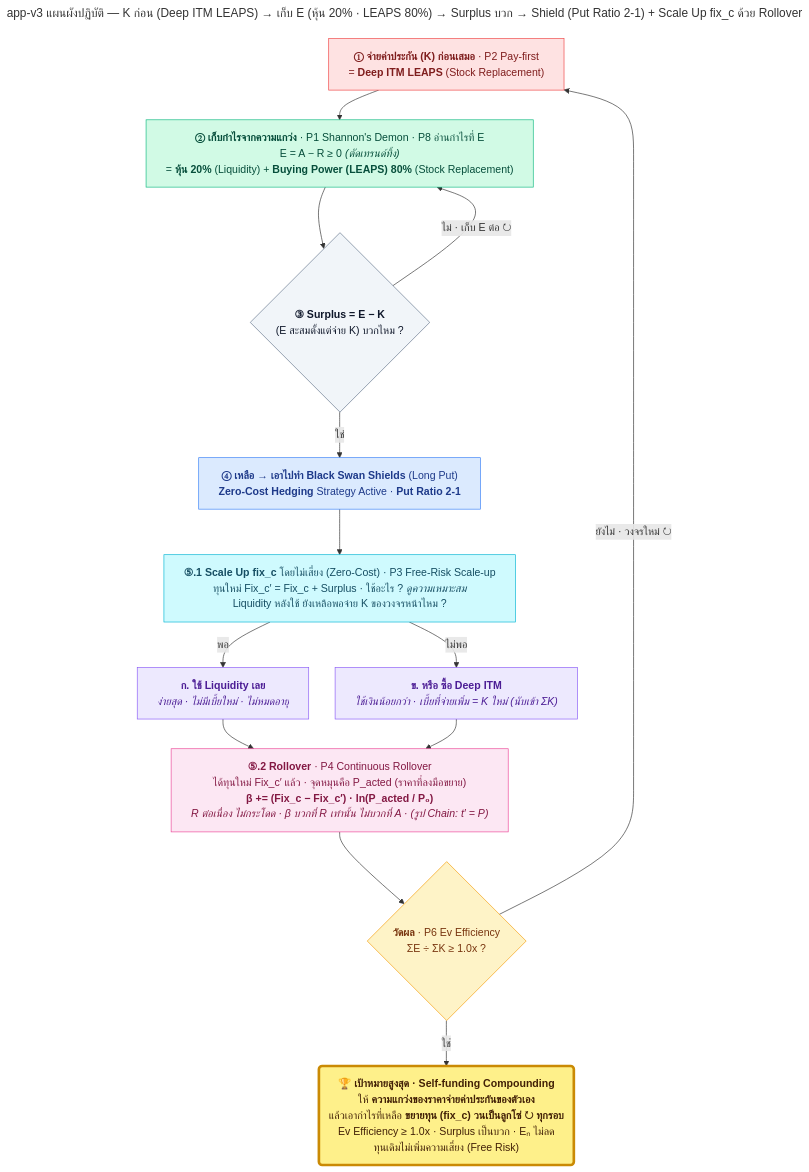
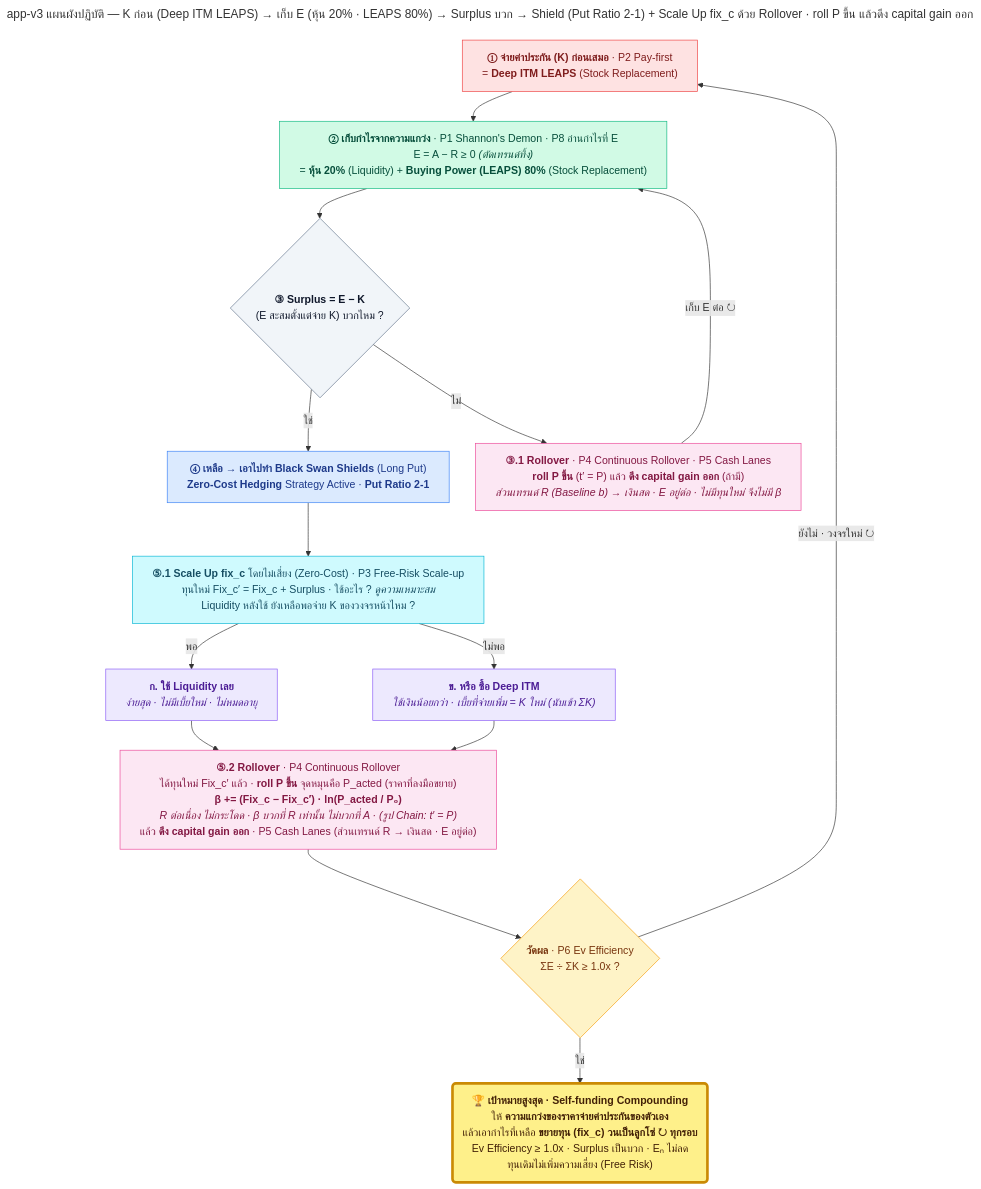
One commit to firstnattapon/super_app changed the diagram in app_v3_playbook.mmd. Above: the diagram before and after it, drawn with Mermaid. The commit also changed 1 other file, not shown here.

First paragraph of the commit message:
app_v3_playbook.mmd: roll P up, then pull the capital gain out
Answer to "E Surplus is not high but the capital gain is: what can it be used for without risk?"
- roll P up (re-centre the pivot, t' = P) and pull the capital gain out as cash.

```diff
--- a/app_v3_playbook.mmd
+++ b/app_v3_playbook.mmd
@@ -1,84 +1,96 @@
 ---
-title: 'app-v3 แผนผังปฏิบัติ — K ก่อน (Deep ITM LEAPS) → เก็บ E (หุ้น 20% · LEAPS 80%) → Surplus บวก → Shield (Put Ratio 2-1) + Scale Up fix_c ด้วย Rollover'
+title: 'app-v3 แผนผังปฏิบัติ — K ก่อน (Deep ITM LEAPS) → เก็บ E (หุ้น 20% · LEAPS 80%) → Surplus บวก → Shield (Put Ratio 2-1) + Scale Up fix_c ด้วย Rollover · roll P ขึ้น แล้วดึง capital gain ออก'
 config:
   flowchart:
     wrappingWidth: 560
     nodeSpacing: 40
     rankSpacing: 45
 ---
 %% ═══════════════════════════════════════════════════════════════════════════════
 %% app_v3_playbook.mmd — หลักการเดียวกับ app_v2_minimal.mmd แต่บอกว่า "ลงมือด้วยเครื่องมืออะไร"
-%% เป้าหมายเหมือนเดิมทุกตัวอักษร · 3 ขั้น + 1 คำถาม + 1 เช็ก
+%% เป้าหมายเหมือนเดิมทุกตัวอักษร · ขั้น ①–⑤ + 1 คำถาม + 1 เช็ก
+%% หลักการที่ใช้ 7 จาก 9: P1 P2 P3 P4 P5 P6 P8 (เพิ่ม P5 Cash Lanes จาก app_v2_minimal.mmd — เลนเงินสด) · ไม่ใช้: P7 Atomic · P9 Human-in-the-loop
 %% ·
 %% วงจร:  ① จ่าย K ก่อน → ② เก็บ E ไปเรื่อยๆ → ③ Surplus = E − K บวกไหม?
-%%        ไม่  → กลับไปเก็บ E ต่อ (ไม่ต้องจ่าย K ซ้ำ)
-%%        ใช่  → ④ ทำ Black Swan Shields (Put Ratio 2-1) โดย ⑤.1 Scale Up fix_c แล้ว ⑤.2 Rollover จากนั้นวัดผล (ถึงเป้าหมาย หรือเริ่มวงจรใหม่ที่ ①)
+%%        ไม่  → ③.1 roll P ขึ้น แล้วดึง capital gain ออก (ถ้ามี) → กลับไปเก็บ E ต่อ (ไม่ต้องจ่าย K ซ้ำ)
+%%        ใช่  → ④ ทำ Black Swan Shields (Put Ratio 2-1) โดย ⑤.1 Scale Up fix_c แล้ว ⑤.2 Rollover (roll P ขึ้น · ดึง capital gain ออก) จากนั้นวัดผล (ถึงเป้าหมาย หรือเริ่มวงจรใหม่ที่ ①)
 %% ·
 %%   นามธรรม (app_v2_minimal.mmd · app-v3)       →  เครื่องมือจริง (แผนผังนี้)
 %%   K  จ่ายเบี้ยก่อน (P2 Pay-first)              →  ① Deep ITM LEAPS (Stock Replacement)
 %%   E  เก็บกำไรจากความแกว่ง (P1 · P8)            →  ② หุ้น 20% (Liquidity) + Buying Power (LEAPS) 80% (Stock Replacement)
 %%   S  Surplus = E − K บวกไหม?                    →  ③ เหมือนเดิม
 %%   (ส่วนที่เหลือ)                                →  ④ Black Swan Shields (Long Put) · Zero-Cost Hedging Strategy Active · Put Ratio 2-1
 %%   โต c′ = c + Surplus (P3 Free-Risk Scale-up)   →  ⑤.1 Scale Up fix_c โดยไม่เสี่ยง (Zero-Cost) — ใช้ Liquidity เลย หรือ ซื้อ Deep ITM ก็ได้ ดูความเหมาะสม
 %%   เกณฑ์เลือก ก./ข. (ข้อเสนอ · ปรับได้)          →  ถ้าใช้ Liquidity แล้วยังเหลือพอจ่าย K ของวงจรหน้า → ก. · ไม่พอ → ข.
 %%   วนต่อ t′ = P (P4 Continuous Rollover)         →  ⑤.2 Rollover: β += (Fix_c − Fix_c′) · ln(P_acted / P₀) — ทุนเปลี่ยนแล้ว เส้นอ้างอิง R ไม่กระโดด
-%%   ไม่เหลือ                                      →  กลับไปเก็บ E ต่อ
+%%   capital gain (เทรนด์ R = Baseline b)           →  ③.1 / ⑤.2: roll P ขึ้น (t′ = P) แล้วดึงออกเป็นเงินสด (Extract → Pool CF · P5 Cash Lanes) — ไม่เอาไปขยาย fix_c
+%%   ไม่เหลือ                                      →  ③.1 แล้วกลับไปเก็บ E ต่อ
 %%   วัดผล Ev Efficiency = ΣE ÷ ΣK (P6)           →  เช็กหลัง Scale Up ถึง 1.0x = ถึงเป้าหมาย · ยังไม่ถึง = วงจรใหม่
 %% ·
 %% หมายเหตุ
 %%  · E = A − R (สมการ LEGO: A = เงินสดจากการ rebalance · R = เส้นอ้างอิงตามเทรนด์) ≥ 0 เสมอ — ถ้าเขียน R − A จะติดลบเสมอ
 %%  · ลำดับในแผนผังนี้คือ "ลำดับลงมือ" (จ่าย K ก่อน แล้วค่อยเก็บ E) · E ใน ③ คือ E ที่สะสมตั้งแต่จ่าย K
 %%  · หุ้น 20% + LEAPS 80% = 100% ของ exposure ที่ถืออยู่ · "Deep ITM" ใน ⑤.1 คือ Deep ITM เดียวกับ ① (LEAPS)
 %%  · Put Ratio 2-1 เขียนตามที่ระบุ — ยังไม่กำหนดฝั่งซื้อ/ขายและ strike (เลือกเมื่อลงมือจริง)
 %%  · เกณฑ์เลือก ก./ข. ใน ⑤.1 เป็นข้อเสนอ ไม่ใช่กฎที่ระบุมา: "Liquidity" ในเกณฑ์ = เงินสด/ส่วนที่ขายเป็นเงินได้ทันที ·
 %%    เหตุผล = จ่าย K ก่อนเสมอ (P2) จึงห้ามให้การขยายกินเงินที่ต้องกันไว้จ่าย K · ก. คือทางตรง (ไม่มีเบี้ยใหม่ ไม่หมดอายุ) ·
 %%    ข. ใช้เงินน้อยกว่าสำหรับ exposure เท่ากัน แต่เบี้ย (time value) ที่จ่ายเพิ่มคือ K ใหม่ ต้องนับเข้า ΣK ให้ Ev Efficiency ไม่เกินจริง
 %%  · Rollover (P4) ตามนิยามใน firstnattapon/streamlit_lego (cheat_sheet/rollover.mmd): ได้ทุนใหม่ก่อน (⑤.1) แล้วค่อย Rollover (⑤.2) · P₀ ตรึงไว้ ไม่เปลี่ยน · จุดหมุนคือ P_acted (ราคา ACT ล่าสุด) ·
-%%    ทำเมื่อ Fix_c_new ≠ Fix_c คือเมื่อ ③ ตอบ "ใช่" (Surplus บวก ทุนโต) · ③ ตอบ "ไม่" = ทุนไม่เปลี่ยน = "ข้าม" ไม่ต้อง Rollover
+%%    ทำเมื่อ Fix_c_new ≠ Fix_c คือเมื่อ ③ ตอบ "ใช่" (Surplus บวก ทุนโต) · ③ ตอบ "ไม่" = ทุนไม่เปลี่ยน = "ข้าม" ส่วน β (ไม่มีอะไรให้ชดเชย) —
+%%    ③.1 จึงมีแค่ roll P ขึ้น กับดึง capital gain ออก ส่วน ⑤.2 มี β ด้วย
 %%  · ทำไมต้อง Rollover: ทุนโตแล้ว R = Fix_c · ln(P / P₀) ชันขึ้น — ถ้าไม่ชดเชยด้วย β เส้น R จะกระโดดที่จุดหมุน ส่วนต่าง (Fix_c′ − Fix_c) · ln(P_acted / P₀) ·
 %%    E = A − R จึงเพี้ยน (กำไรปลอม/ขาดทุนปลอม และ E ≥ 0 พังได้) · ตัวอย่าง P₀ 100 · P_acted 110 · ทุน 1,500 → 2,500: ไม่ Rollover E = 7.03 → −88.28 · Rollover E คงที่ 7.03
 %%  · รูป Chain ของหลักเดียวกัน (app-v3 ขั้น ⑤ "t′ = P") = ตั้งจุดหมุนใหม่ที่ราคาปัจจุบัน แล้วรอบหน้าเริ่มนับที่นั่น — แผนผังนี้ใช้รูป LEGO (P₀ ตรึง + β) เพราะเป็นต้นฉบับ
+%%  · capital gain = เงินสดจากการ rebalance A = c · (x − 1) = เทรนด์ R + กำไรจากความแกว่ง E · ที่ "ดึงออก" คือส่วนเทรนด์ R (Baseline b ของ Chain) ·
+%%    E อยู่ในระบบ เพราะ E จ่าย K และเป็น Surplus (P8: ตัดเทรนด์ทิ้ง) · เทรนด์ไม่ใช่ Surplus จึงไม่เอาไปขยาย fix_c (ราคากลับ เทรนด์ก็หาย)
+%%  · ตัวอย่าง fix_c 1,500 · t 10 → P 15 (Hedge ×1): A 750.00 = R 608.20 + E 141.80 · K 185.94 → Surplus −44.14 (③ ตอบ "ไม่") →
+%%    ③.1 roll P ขึ้น (t′ = 15) · ดึง R 608.20 ออก · E 141.80 อยู่ต่อ · ตรวจกับ ledger_v2: แถว Extract Baseline ไม่เปลี่ยน A · R · E, chain ต่อเนื่อง, integrity ผ่าน
+%%  · Rollover ก่อนค่อยดึง: R ต่อเนื่องที่จุดหมุน จำนวนที่ดึงออกจึงเป็น capital gain จริง ไม่ถูกทุนใหม่ทำให้เพี้ยน
+%%  · ข้อแม้: เงินที่ดึงออกไม่ใช่กระสุนซื้อคืนของ demon อีกต่อไป (ถ้าราคากลับ ต้องมีแหล่งซื้อคืนอื่น เช่น Liquidity ที่กันไว้) ·
+%%    เงินที่ดึงออกพักเป็น EV Reserve เพื่อจ่าย K ได้ (Pool CF → EV Reserve) · ถ้า roll LEAPS ขึ้น เบี้ยใหม่ = K ใหม่ นับเข้า ΣK (เหมือน ⑤.1 ข.)
 %% ═══════════════════════════════════════════════════════════════════════════════
 flowchart TB
 
   K["<b>① จ่ายค่าประกัน (K) ก่อนเสมอ</b> · P2 Pay-first<br/>= <b>Deep ITM LEAPS</b> (Stock Replacement)"]
   E["<b>② เก็บกำไรจากความแกว่ง</b> · P1 Shannon's Demon · P8 อ่านกำไรที่ E<br/>E = A − R ≥ 0 <i>(ตัดเทรนด์ทิ้ง)</i><br/>= <b>หุ้น 20%</b> (Liquidity) + <b>Buying Power (LEAPS) 80%</b> (Stock Replacement)"]
   D{"<b>③ Surplus = E − K</b><br/>(E สะสมตั้งแต่จ่าย K) บวกไหม ?"}
+  CG["<b>③.1 Rollover</b> · P4 Continuous Rollover · P5 Cash Lanes<br/><b>roll P ขึ้น</b> (t′ = P) แล้ว <b>ดึง capital gain ออก</b> (ถ้ามี)<br/><i>ส่วนเทรนด์ R (Baseline b) → เงินสด · E อยู่ต่อ · ไม่มีทุนใหม่ จึงไม่มี β</i>"]
   A["<b>④ เหลือ → เอาไปทำ Black Swan Shields</b> (Long Put)<br/><b>Zero-Cost Hedging</b> Strategy Active · <b>Put Ratio 2-1</b>"]
   S["<b>⑤.1 Scale Up fix_c</b> โดยไม่เสี่ยง (Zero-Cost) · P3 Free-Risk Scale-up<br/>ทุนใหม่ Fix_c′ = Fix_c + Surplus · ใช้อะไร ? <i>ดูความเหมาะสม</i><br/>Liquidity หลังใช้ ยังเหลือพอจ่าย K ของวงจรหน้าไหม ?"]
   L["<b>ก. ใช้ Liquidity เลย</b><br/><i>ง่ายสุด · ไม่มีเบี้ยใหม่ · ไม่หมดอายุ</i>"]
   I["<b>ข. หรือ ซื้อ Deep ITM</b><br/><i>ใช้เงินน้อยกว่า · เบี้ยที่จ่ายเพิ่ม = K ใหม่ (นับเข้า ΣK)</i>"]
-  RO["<b>⑤.2 Rollover</b> · P4 Continuous Rollover<br/>ได้ทุนใหม่ Fix_c′ แล้ว · จุดหมุนคือ P_acted (ราคาที่ลงมือขยาย)<br/><b>β += (Fix_c − Fix_c′) · ln(P_acted / P₀)</b><br/><i>R ต่อเนื่อง ไม่กระโดด · β บวกที่ R เท่านั้น ไม่บวกที่ A · (รูป Chain: t′ = P)</i>"]
+  RO["<b>⑤.2 Rollover</b> · P4 Continuous Rollover<br/>ได้ทุนใหม่ Fix_c′ แล้ว · <b>roll P ขึ้น</b> จุดหมุนคือ P_acted (ราคาที่ลงมือขยาย)<br/><b>β += (Fix_c − Fix_c′) · ln(P_acted / P₀)</b><br/><i>R ต่อเนื่อง ไม่กระโดด · β บวกที่ R เท่านั้น ไม่บวกที่ A · (รูป Chain: t′ = P)</i><br/>แล้ว <b>ดึง capital gain ออก</b> · P5 Cash Lanes (ส่วนเทรนด์ R → เงินสด · E อยู่ต่อ)"]
   Q{"<b>วัดผล</b> · P6 Ev Efficiency<br/>ΣE ÷ ΣK ≥ 1.0x ?"}
   GOAL("🏆 <b>เป้าหมายสูงสุด · Self-funding Compounding</b><br/>ให้ <b>ความแกว่งของราคาจ่ายค่าประกันของตัวเอง</b><br/>แล้วเอากำไรที่เหลือ <b>ขยายทุน (fix_c) วนเป็นลูกโซ่ ↻ ทุกรอบ</b><br/>Ev Efficiency ≥ 1.0x · Surplus เป็นบวก · Eₙ ไม่ลด<br/>ทุนเดิมไม่เพิ่มความเสี่ยง (Free Risk)")
 
   K --> E --> D
   D -->|ใช่| A
-  D -->|ไม่ · เก็บ E ต่อ ↻| E
+  D -->|ไม่| CG
+  CG -->|เก็บ E ต่อ ↻| E
   A --> S
   S -->|พอ| L
   S -->|ไม่พอ| I
   L --> RO
   I --> RO
   RO --> Q
   Q -->|ใช่| GOAL
   Q -->|ยังไม่ · วงจรใหม่ ↻| K
 
   classDef cost fill:#fee2e2,stroke:#ef4444,color:#7f1d1d
   classDef money fill:#d1fae5,stroke:#10b981,color:#064e3b
   classDef dec fill:#f1f5f9,stroke:#64748b,color:#0f172a
   classDef shield fill:#dbeafe,stroke:#3b82f6,color:#1e3a8a
   classDef scale fill:#cffafe,stroke:#06b6d4,color:#164e63
   classDef alt fill:#ede9fe,stroke:#8b5cf6,color:#4c1d95
   classDef roll fill:#fce7f3,stroke:#ec4899,color:#831843
   classDef score fill:#fef3c7,stroke:#f59e0b,color:#78350f
   classDef goal fill:#fef08a,stroke:#ca8a04,stroke-width:4px,color:#422006
   class K cost
   class E money
   class D dec
   class A shield
   class S scale
   class L,I alt
-  class RO roll
+  class CG,RO roll
   class Q score
   class GOAL goal
```
